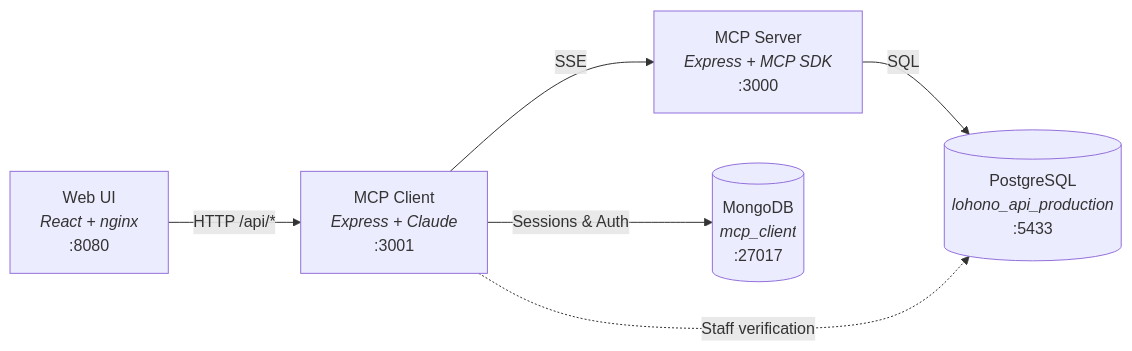
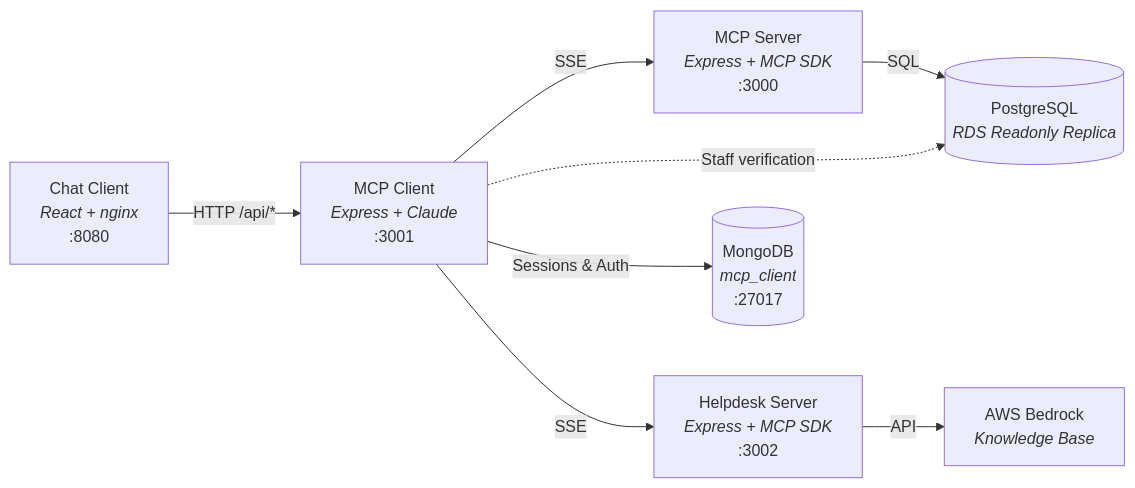
The first of 5 diagrams in README.md (Isprava/lohono-db-connect), drawn with Mermaid before and after one commit. The commit also changed other lines of this file and 1 other file, not shown here.

````diff
--- a/README.md
+++ b/README.md
@@ -7,8 +7,10 @@
 ```mermaid
 graph LR
-    Web["Web UI<br/><i>React + nginx</i><br/>:8080"] -->|HTTP /api/*| Client["MCP Client<br/><i>Express + Claude</i><br/>:3001"]
+    Web["Chat Client<br/><i>React + nginx</i><br/>:8080"] -->|HTTP /api/*| Client["MCP Client<br/><i>Express + Claude</i><br/>:3001"]
     Client -->|SSE| Server["MCP Server<br/><i>Express + MCP SDK</i><br/>:3000"]
-    Server -->|SQL| PG[("PostgreSQL<br/><i>lohono_api_production</i><br/>:5433")]
+    Client -->|SSE| Helpdesk["Helpdesk Server<br/><i>Express + MCP SDK</i><br/>:3002"]
+    Server -->|SQL| PG[("PostgreSQL<br/><i>RDS Readonly Replica</i>")]
+    Helpdesk -->|API| Bedrock["AWS Bedrock<br/><i>Knowledge Base</i>"]
     Client -->|Sessions &amp; Auth| Mongo[("MongoDB<br/><i>mcp_client</i><br/>:27017")]
     Client -.->|Staff verification| PG
 ```
````
